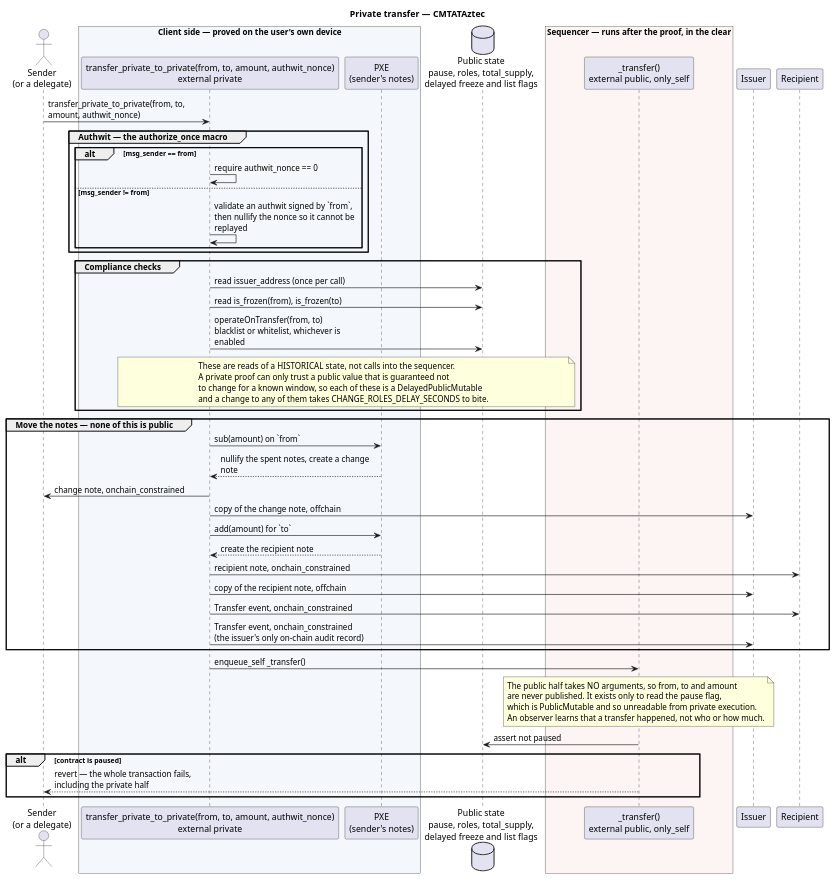
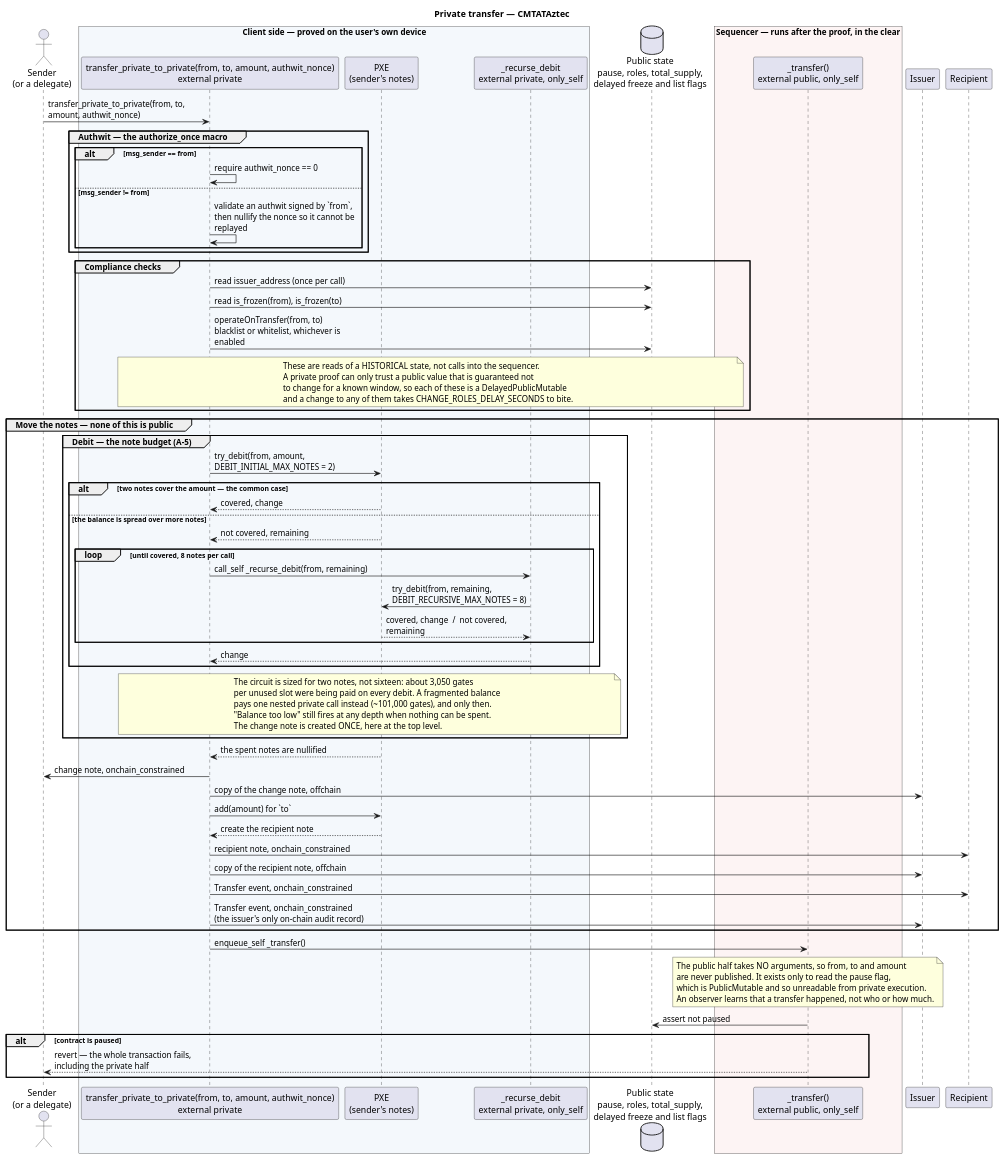
The diagram in doc/img/transfer-flow.puml (CMTA/private-CMTAT-aztec), drawn with PlantUML before and after one commit. The commit also changed 3 other files, not shown here.

Commit message:
Improve diagram flow

```diff
--- a/doc/img/transfer-flow.puml
+++ b/doc/img/transfer-flow.puml
@@ -1,66 +1,87 @@
 @startuml
 title Private transfer — CMTATAztec
 
 skinparam sequenceMessageAlign left
 skinparam maxMessageSize 250
 
 actor "Sender\n(or a delegate)" as Caller
 box "Client side — proved on the user's own device" #F4F8FC
 participant "transfer_private_to_private(from, to, amount, authwit_nonce)\nexternal private" as Priv
 participant "PXE\n(sender's notes)" as PXE
+  participant "_recurse_debit\nexternal private, only_self" as Recur
 end box
 database "Public state\npause, roles, total_supply,\ndelayed freeze and list flags" as PS
 box "Sequencer — runs after the proof, in the clear" #FDF4F4
 participant "_transfer()\nexternal public, only_self" as Pub
 end box
 participant "Issuer" as Issuer
 participant "Recipient" as To
 
 Caller -> Priv : transfer_private_to_private(from, to, amount, authwit_nonce)
 
 group Authwit — the authorize_once macro
   alt msg_sender == from
     Priv -> Priv : require authwit_nonce == 0
   else msg_sender != from
     Priv -> Priv : validate an authwit signed by `from`,\nthen nullify the nonce so it cannot be replayed
   end
 end
 
 group Compliance checks
   Priv -> PS : read issuer_address (once per call)
   Priv -> PS : read is_frozen(from), is_frozen(to)
   Priv -> PS : operateOnTransfer(from, to)\nblacklist or whitelist, whichever is enabled
   note over Priv, PS
     These are reads of a HISTORICAL state, not calls into the sequencer.
     A private proof can only trust a public value that is guaranteed not
     to change for a known window, so each of these is a DelayedPublicMutable
     and a change to any of them takes CHANGE_ROLES_DELAY_SECONDS to bite.
   end note
 end
 
 group Move the notes — none of this is public
-  Priv -> PXE : sub(amount) on `from`
-  PXE --> Priv : nullify the spent notes, create a change note
+  group Debit — the note budget (A-5)
+    Priv -> PXE : try_debit(from, amount, DEBIT_INITIAL_MAX_NOTES = 2)
+    alt two notes cover the amount — the common case
+      PXE --> Priv : covered, change
+    else the balance is spread over more notes
+      PXE --> Priv : not covered, remaining
+      loop until covered, 8 notes per call
+        Priv -> Recur : call_self _recurse_debit(from, remaining)
+        Recur -> PXE : try_debit(from, remaining, DEBIT_RECURSIVE_MAX_NOTES = 8)
+        PXE --> Recur : covered, change  /  not covered, remaining
+      end
+      Recur --> Priv : change
+    end
+    note over Priv, Recur
+      The circuit is sized for two notes, not sixteen: about 3,050 gates
+      per unused slot were being paid on every debit. A fragmented balance
+      pays one nested private call instead (~101,000 gates), and only then.
+      "Balance too low" still fires at any depth when nothing can be spent.
+      The change note is created ONCE, here at the top level.
+    end note
+  end
+  PXE --> Priv : the spent notes are nullified
   Priv -> Caller : change note, onchain_constrained
   Priv -> Issuer : copy of the change note, offchain
   Priv -> PXE : add(amount) for `to`
   PXE --> Priv : create the recipient note
   Priv -> To : recipient note, onchain_constrained
   Priv -> Issuer : copy of the recipient note, offchain
   Priv -> To : Transfer event, onchain_constrained
   Priv -> Issuer : Transfer event, onchain_constrained\n(the issuer's only on-chain audit record)
 end
 
 Priv -> Pub : enqueue_self _transfer()
 note over Pub
   The public half takes NO arguments, so from, to and amount
   are never published. It exists only to read the pause flag,
   which is PublicMutable and so unreadable from private execution.
   An observer learns that a transfer happened, not who or how much.
 end note
 Pub -> PS : assert not paused
 alt contract is paused
   Pub --> Caller : revert — the whole transaction fails,\nincluding the private half
 end
 
 @enduml
```
